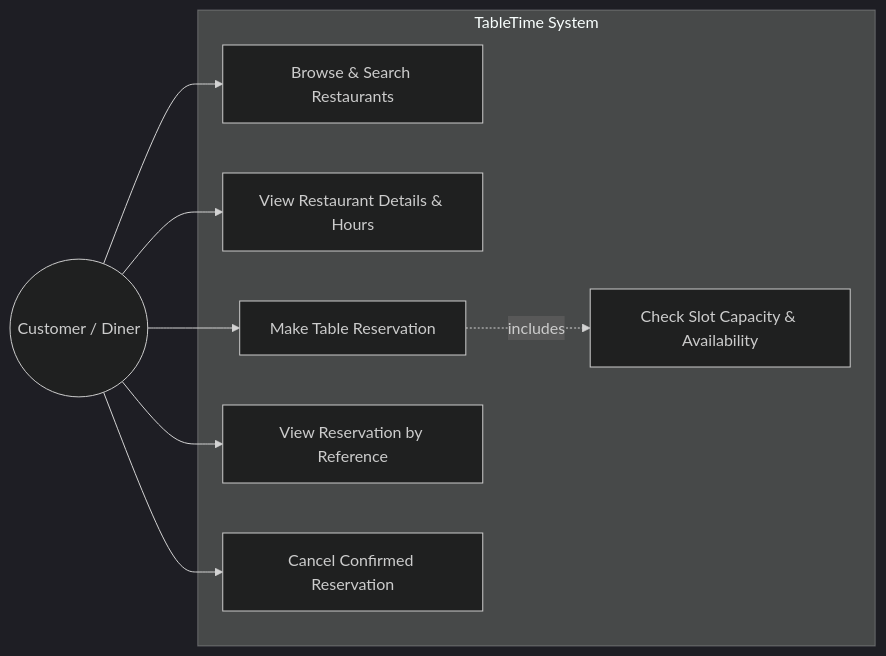
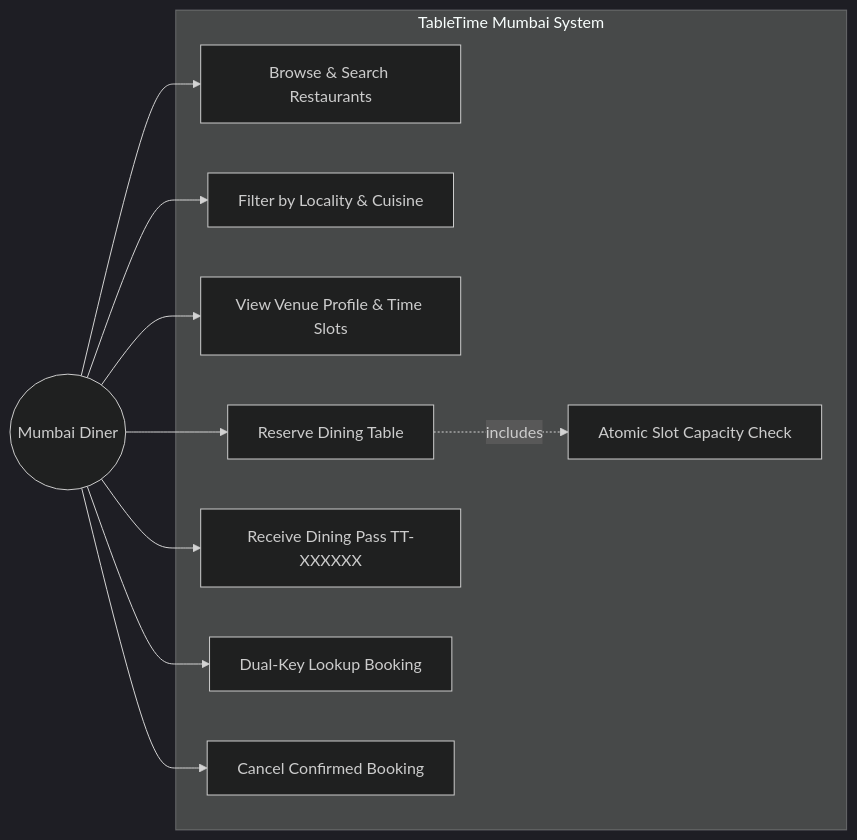
One commit to immortalfoodie/TableTime changed the first of 4 diagrams in docs/mini_project_report.md. Above: the diagram before and after it, drawn with Mermaid (dark theme). The commit also changed other lines of this file and 20 other files, not shown here.

````diff
--- a/docs/mini_project_report.md
+++ b/docs/mini_project_report.md
@@ -194,21 +191,25 @@
 ```mermaid
 graph LR
-    Customer((Customer / Diner))
+    Customer((Mumbai Diner))
 
-    subgraph TableTime System
+    subgraph TableTime Mumbai System
         UC1[Browse & Search Restaurants]
-        UC2[View Restaurant Details & Hours]
-        UC3[Make Table Reservation]
-        UC4[View Reservation by Reference]
-        UC5[Cancel Confirmed Reservation]
-        UC6[Check Slot Capacity & Availability]
+        UC2[Filter by Locality & Cuisine]
+        UC3[View Venue Profile & Time Slots]
+        UC4[Reserve Dining Table]
+        UC5[Receive Dining Pass TT-XXXXXX]
+        UC6[Dual-Key Lookup Booking]
+        UC7[Cancel Confirmed Booking]
+        UC8[Atomic Slot Capacity Check]
     end
 
     Customer --> UC1
     Customer --> UC2
     Customer --> UC3
     Customer --> UC4
     Customer --> UC5
+    Customer --> UC6
+    Customer --> UC7
 
-    UC3 -.->|includes| UC6
+    UC4 -.->|includes| UC8
 ```
````
